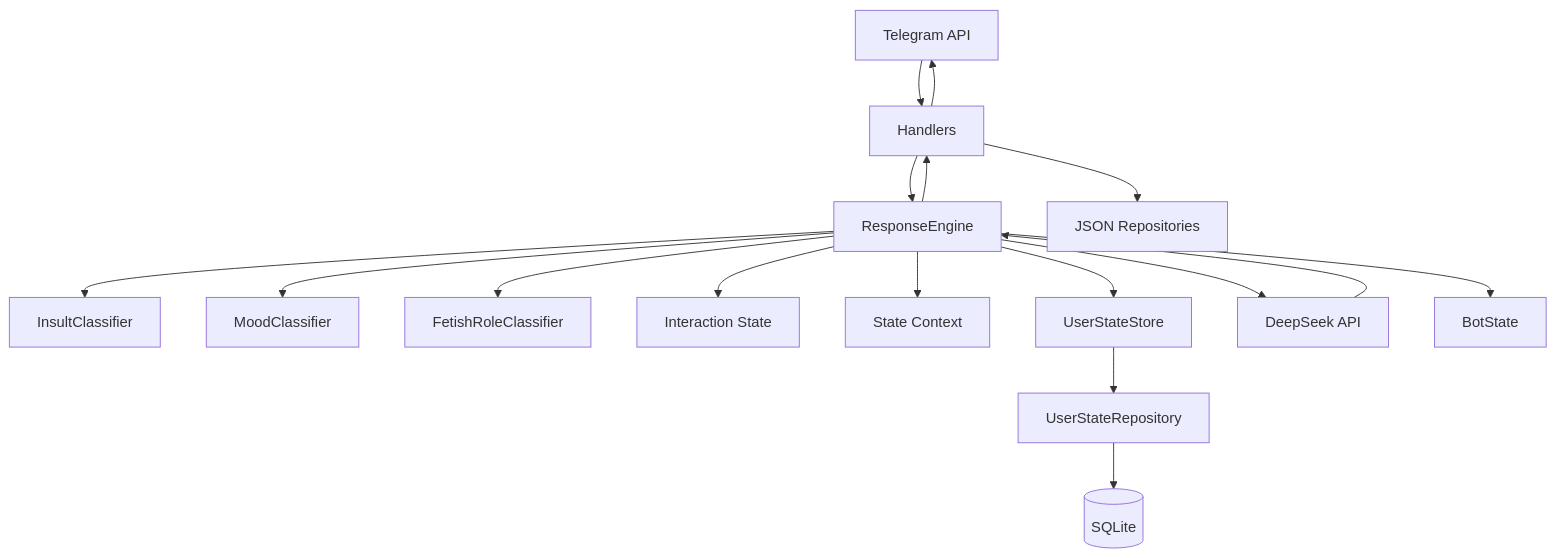
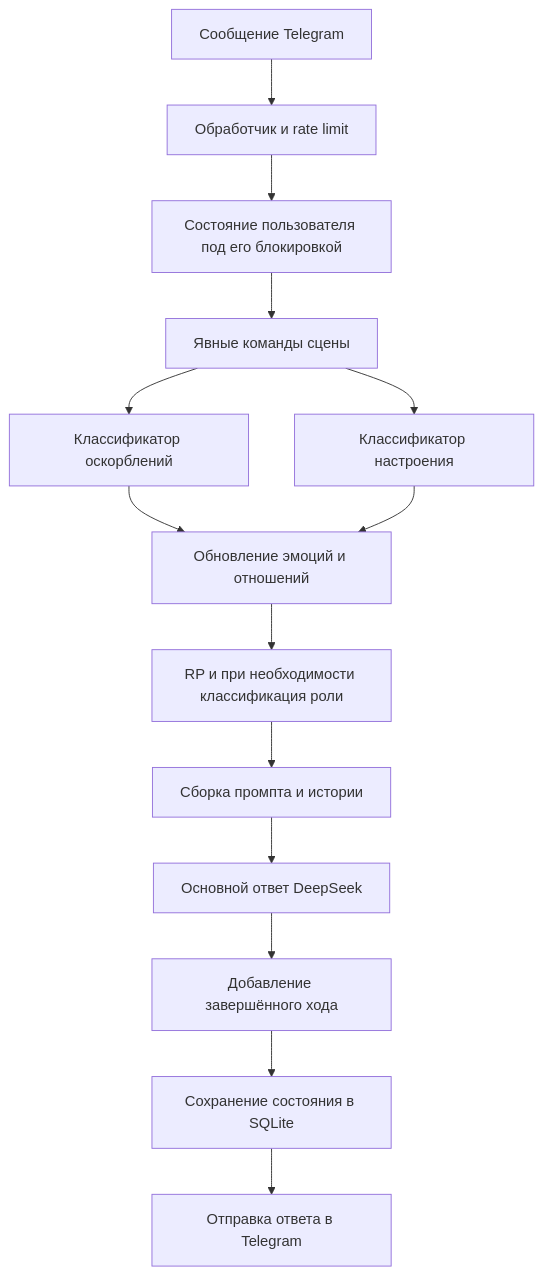
Before and after one commit to Exichek/Protogen-Delta: the diagram in README.md, drawn with Mermaid. The commit also changed other lines of this file, not shown here.

````diff
--- a/README.md
+++ b/README.md
@@ -401,34 +170,16 @@
 ```mermaid
 flowchart TD
-    Telegram[Telegram API]
-    Handlers[Handlers]
-    Engine[ResponseEngine]
-    Insults[InsultClassifier]
-    Mood[MoodClassifier]
-    Role[FetishRoleClassifier]
-    Interaction[Interaction State]
-    Context[State Context]
-    Runtime[UserStateStore]
-    SQLiteRepo[UserStateRepository]
-    SQLite[(SQLite)]
-    DeepSeek[DeepSeek API]
-    JsonRepos[JSON Repositories]
-    BotState[BotState]
-
-    Telegram --> Handlers
-    Handlers --> Engine
-    Engine --> Insults
-    Engine --> Mood
-    Engine --> Interaction
-    Engine --> Role
-    Engine --> Context
-    Engine --> Runtime
-    Runtime --> SQLiteRepo
-    SQLiteRepo --> SQLite
-    Engine --> DeepSeek
-    DeepSeek --> Engine
-    Handlers --> JsonRepos
-    Engine --> BotState
-    Engine --> Handlers
-    Handlers --> Telegram
+    Message[Сообщение Telegram] --> Handler[Обработчик и rate limit]
+    Handler --> State[Состояние пользователя под его блокировкой]
+    State --> Scene[Явные команды сцены]
+    Scene --> Insults[Классификатор оскорблений]
+    Scene --> Mood[Классификатор настроения]
+    Insults --> Effects[Обновление эмоций и отношений]
+    Mood --> Effects
+    Effects --> Context[RP и при необходимости классификация роли]
+    Context --> Prompt[Сборка промпта и истории]
+    Prompt --> DeepSeek[Основной ответ DeepSeek]
+    DeepSeek --> History[Добавление завершённого хода]
+    History --> Save[Сохранение состояния в SQLite]
+    Save --> Reply[Отправка ответа в Telegram]
 ```
````
